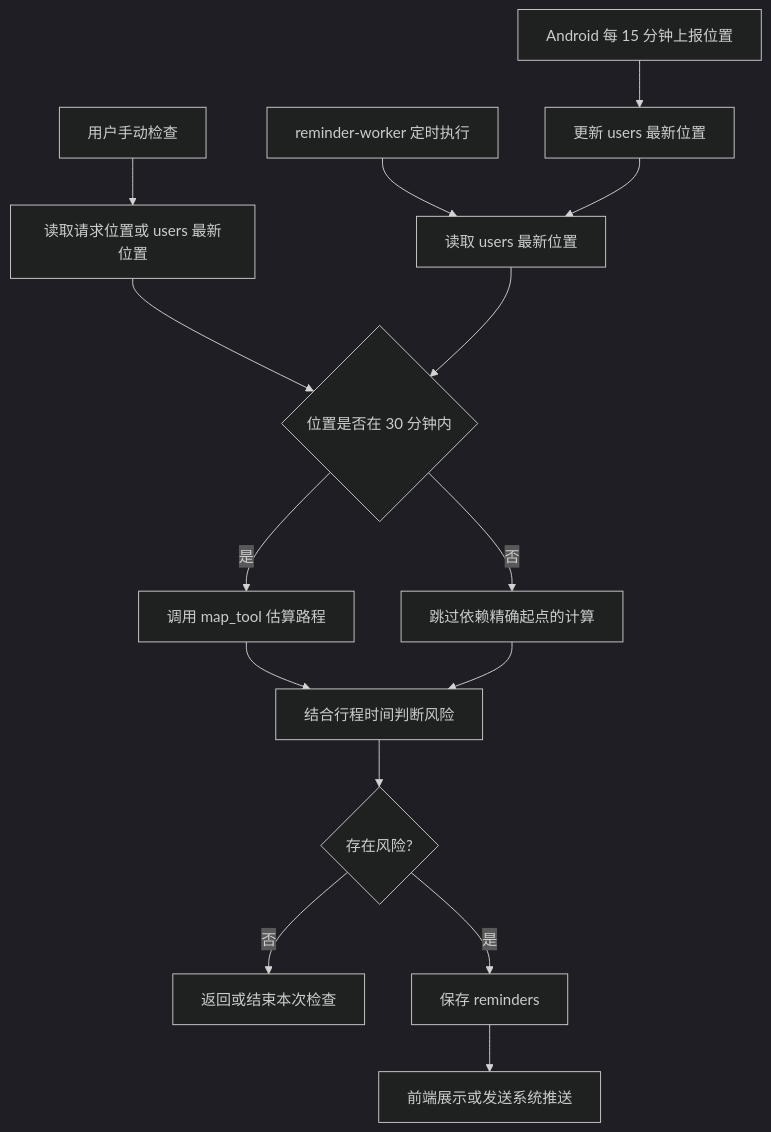
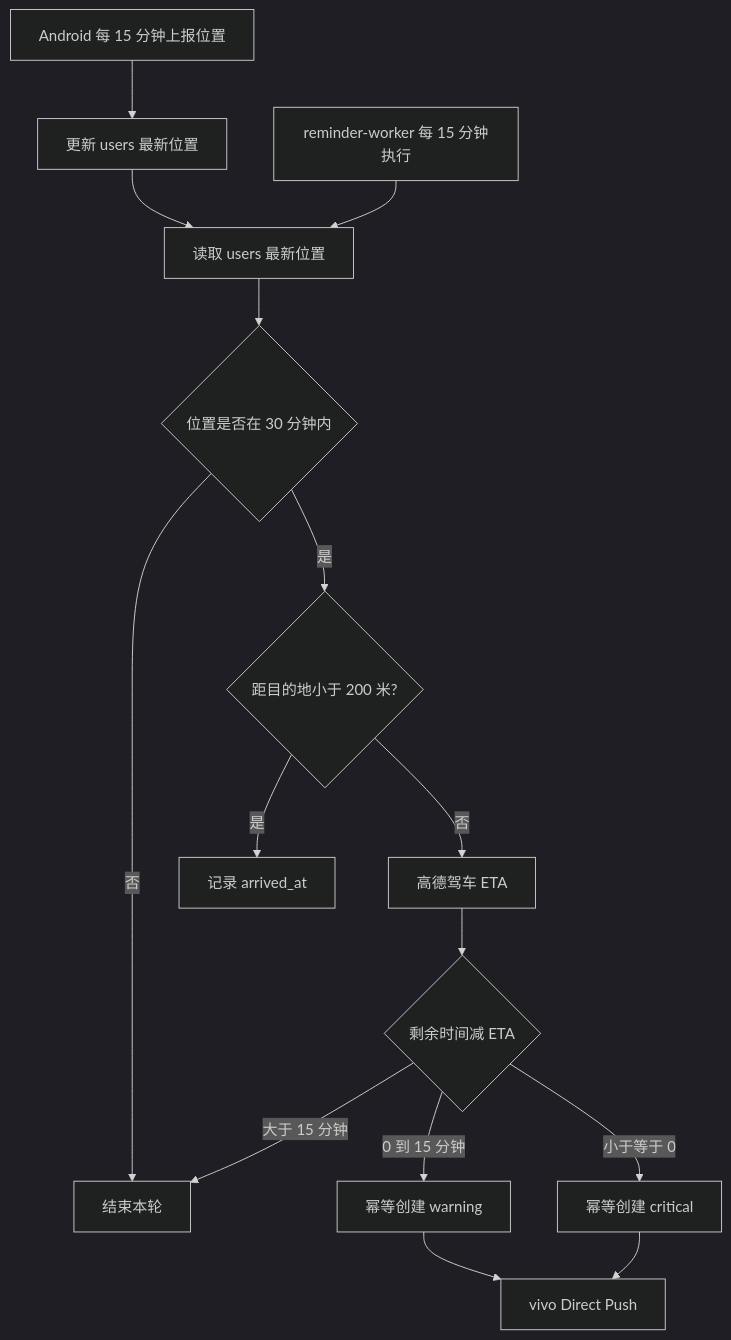
The seventh of 10 diagrams in docs/技术设计文档.md (linzch23/DaoYou), drawn with Mermaid (dark theme) before and after one commit. The commit also changed other lines of this file and 83 other files, not shown here.

Commit message:
feat: add proactive departure alerts and vivo push

````diff
--- a/docs/技术设计文档.md
+++ b/docs/技术设计文档.md
@@ -509,17 +503,17 @@
 ```mermaid
 flowchart TD
     A[Android 每 15 分钟上报位置] --> B[更新 users 最新位置]
-    C[用户手动检查] --> D[读取请求位置或 users 最新位置]
-    E[reminder-worker 定时执行] --> F[读取 users 最新位置]
+    E[reminder-worker 每 15 分钟执行] --> F[读取 users 最新位置]
     B --> F
-    D --> G{位置是否在 30 分钟内}
     F --> G
-    G -->|是| H[调用 map_tool 估算路程]
-    G -->|否| I[跳过依赖精确起点的计算]
-    H --> J[结合行程时间判断风险]
-    I --> J
-    J --> K{存在风险?}
-    K -->|否| L[返回或结束本次检查]
-    K -->|是| M[保存 reminders]
-    M --> N[前端展示或发送系统推送]
+    G{位置是否在 30 分钟内} -->|否| I[结束本轮]
+    G -->|是| H{距目的地小于 200 米?}
+    H -->|是| J[记录 arrived_at]
+    H -->|否| K[高德驾车 ETA]
+    K --> L{剩余时间减 ETA}
+    L -->|大于 15 分钟| I
+    L -->|0 到 15 分钟| M[幂等创建 warning]
+    L -->|小于等于 0| N[幂等创建 critical]
+    M --> O[vivo Direct Push]
+    N --> O
 ```
````
